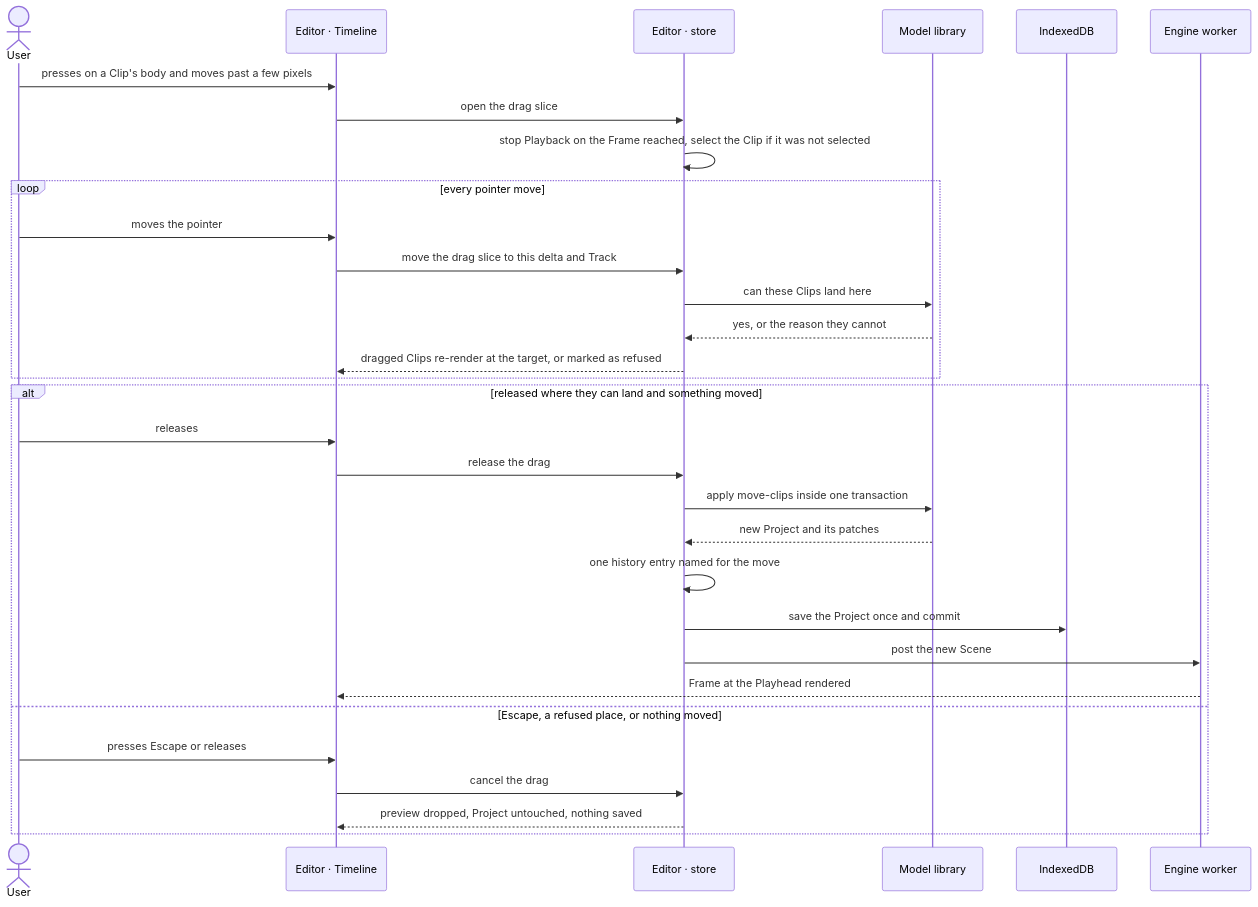
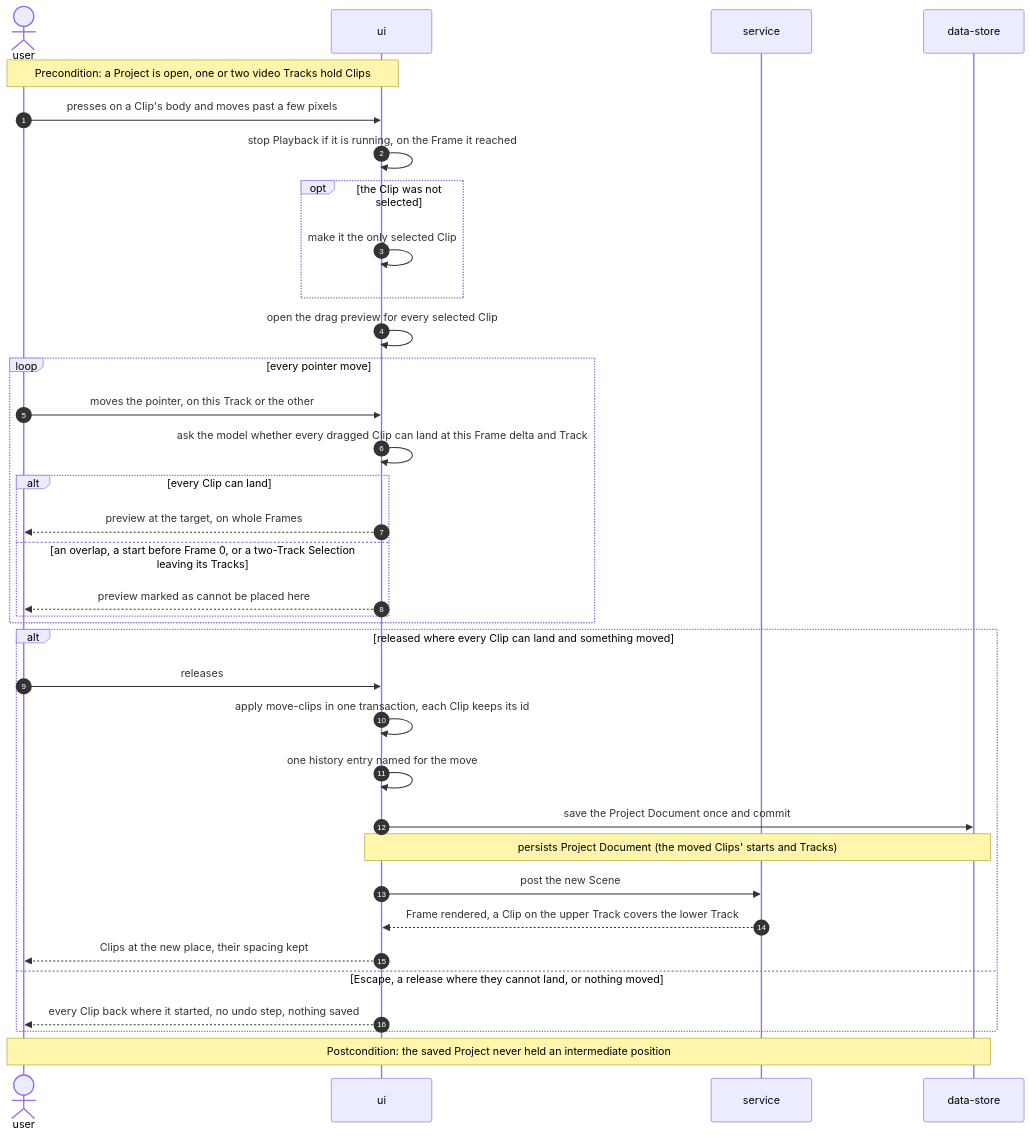
Before and after one commit to GopkoDev/cutroom: the fifth of 13 diagrams in docs/features/editing/sad.md, drawn with Mermaid. The commit also changed other lines of this file, not shown here.

Commit message:
sequences: editing sad.md runtime flows

````diff
--- a/docs/features/editing/sad.md
+++ b/docs/features/editing/sad.md
@@ -284,33 +366,38 @@
 ```mermaid
 sequenceDiagram
-    actor User
-    participant Timeline as Editor · Timeline
-    participant Store as Editor · store
-    participant Model as Model library
-    participant IDB as IndexedDB
-    participant Engine as Engine worker
-    User->>Timeline: presses on a Clip's body and moves past a few pixels
-    Timeline->>Store: open the drag slice
-    Store->>Store: stop Playback on the Frame reached, select the Clip if it was not selected
+    autonumber
+    actor U as user
+    participant UI as ui
+    participant S as service
+    participant D as data-store
+
+    Note over U,UI: Precondition: a Project is open, one or two video Tracks hold Clips
+    U->>UI: presses on a Clip's body and moves past a few pixels
+    UI->>UI: stop Playback if it is running, on the Frame it reached
+    opt the Clip was not selected
+        UI->>UI: make it the only selected Clip
+    end
+    UI->>UI: open the drag preview for every selected Clip
     loop every pointer move
-        User->>Timeline: moves the pointer
-        Timeline->>Store: move the drag slice to this delta and Track
-        Store->>Model: can these Clips land here
-        Model-->>Store: yes, or the reason they cannot
-        Store-->>Timeline: dragged Clips re-render at the target, or marked as refused
+        U->>UI: moves the pointer, on this Track or the other
+        UI->>UI: ask the model whether every dragged Clip can land at this Frame delta and Track
+        alt every Clip can land
+            UI-->>U: preview at the target, on whole Frames
+        else an overlap, a start before Frame 0, or a two-Track Selection leaving its Tracks
+            UI-->>U: preview marked as cannot be placed here
+        end
     end
-    alt released where they can land and something moved
-        User->>Timeline: releases
-        Timeline->>Store: release the drag
-        Store->>Model: apply move-clips inside one transaction
-        Model-->>Store: new Project and its patches
-        Store->>Store: one history entry named for the move
-        Store->>IDB: save the Project once and commit
-        Store->>Engine: post the new Scene
-        Engine-->>Timeline: Frame at the Playhead rendered
-    else Escape, a refused place, or nothing moved
-        User->>Timeline: presses Escape or releases
-        Timeline->>Store: cancel the drag
-        Store-->>Timeline: preview dropped, Project untouched, nothing saved
+    alt released where every Clip can land and something moved
+        U->>UI: releases
+        UI->>UI: apply move-clips in one transaction, each Clip keeps its id
+        UI->>UI: one history entry named for the move
+        UI->>D: save the Project Document once and commit
+        Note over UI,D: persists Project Document (the moved Clips' starts and Tracks)
+        UI->>S: post the new Scene
+        S-->>UI: Frame rendered, a Clip on the upper Track covers the lower Track
+        UI-->>U: Clips at the new place, their spacing kept
+    else Escape, a release where they cannot land, or nothing moved
+        UI-->>U: every Clip back where it started, no undo step, nothing saved
     end
+    Note over U,D: Postcondition: the saved Project never held an intermediate position
 ```
````
